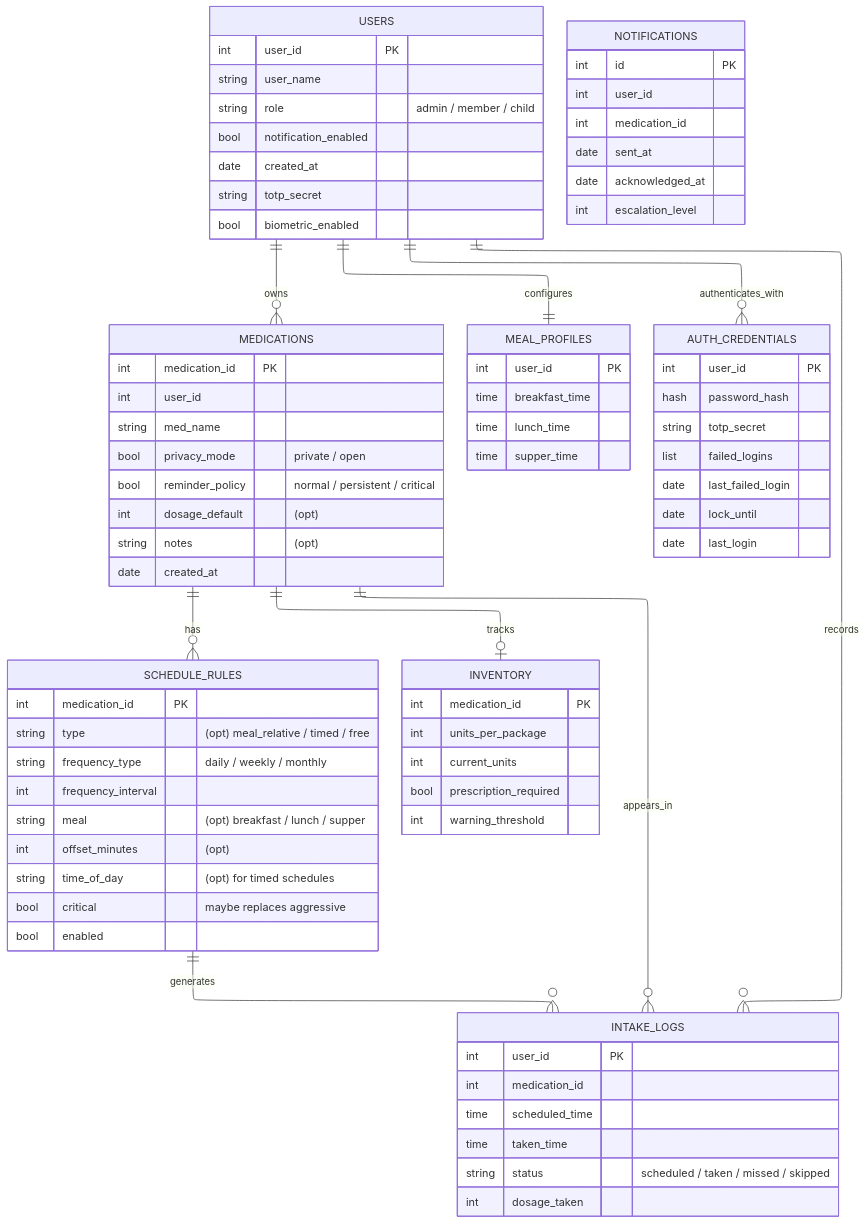
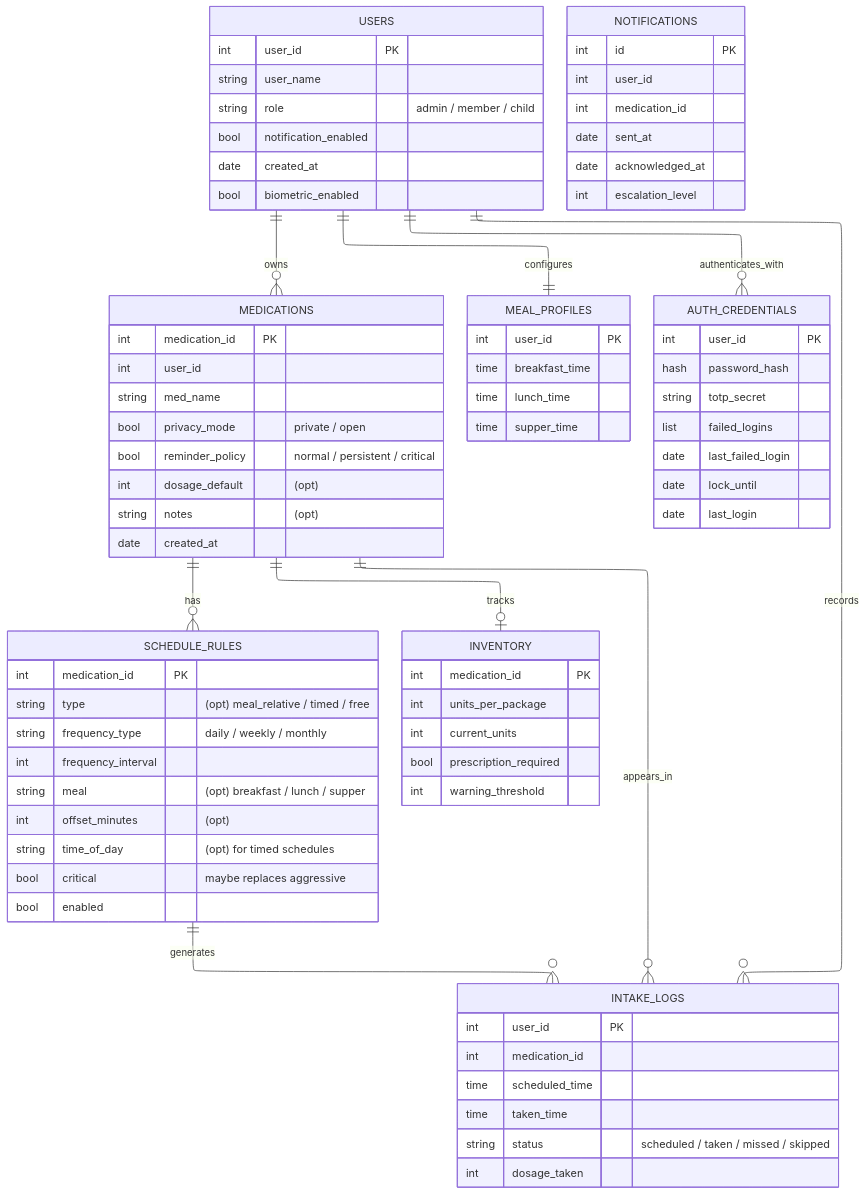
One commit to juscghwe/pilltracker changed the second of 2 diagrams in docs/SDD.md. Above: the diagram before and after it, drawn with Mermaid.

Commit message:
docs: removed accidental totp secret reference in user data model

```diff
--- a/docs/SDD.md
+++ b/docs/SDD.md
@@ -114,7 +114,6 @@
         string role "admin / member / child"
         bool notification_enabled
         date created_at
-        string totp_secret
         bool biometric_enabled
     }
 
```
